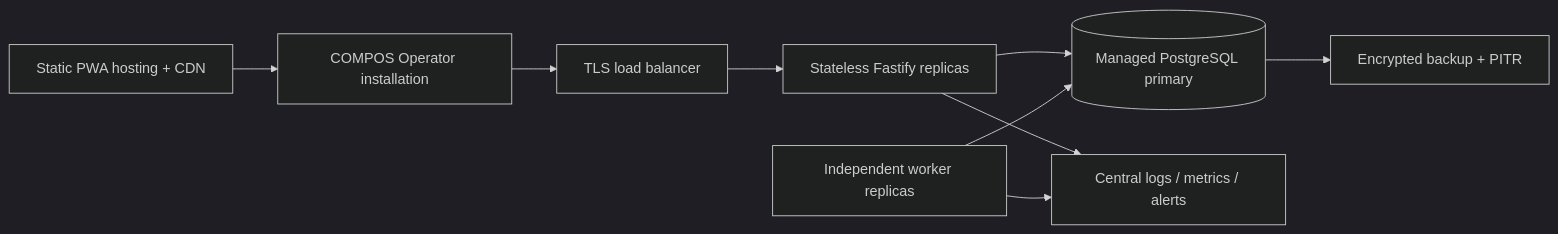
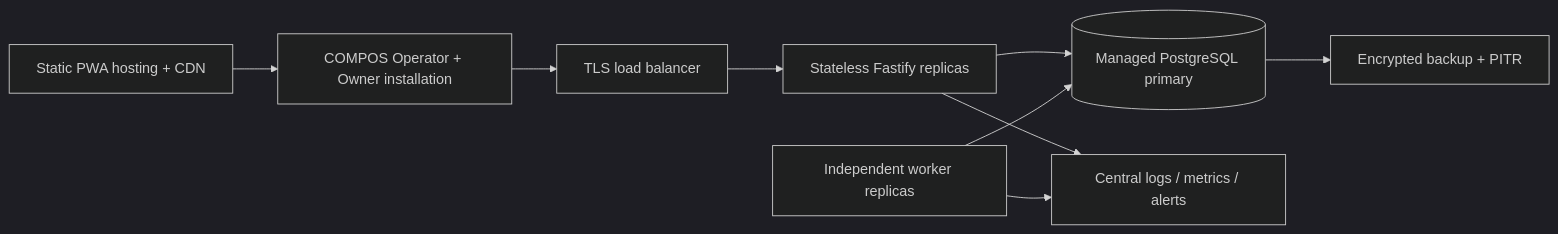
The first of 2 diagrams in docs/deployment_plan.md (myudak/compos), drawn with Mermaid (dark theme) before and after one commit. The commit also changed other lines of this file and 24 other files, not shown here.

Commit message:
docs: document owner scaling architecture

````diff
--- a/docs/deployment_plan.md
+++ b/docs/deployment_plan.md
@@ -5,11 +5,11 @@
 ```mermaid
 flowchart LR
-  PWA["Static PWA hosting + CDN"] --> Browser["COMPOS Operator installation"]
+  PWA["Static PWA hosting + CDN"] --> Browser["COMPOS Operator + Owner installation"]
   Browser --> TLS["TLS load balancer"]
   TLS --> API["Stateless Fastify replicas"]
   API --> PG[("Managed PostgreSQL primary")]
   Worker["Independent worker replicas"] --> PG
   PG --> Backup["Encrypted backup + PITR"]
   API --> Obs["Central logs / metrics / alerts"]
   Worker --> Obs
 ```
````
